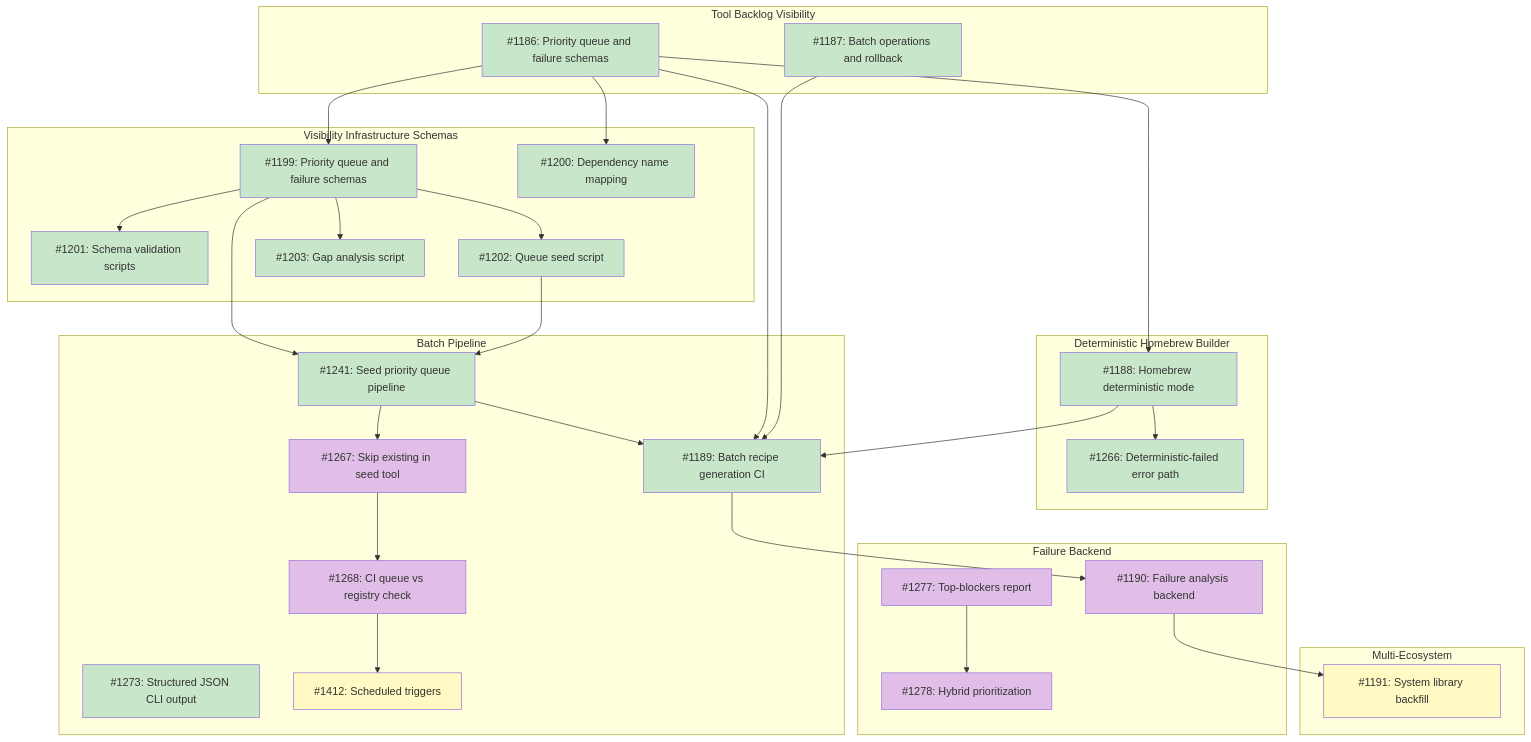
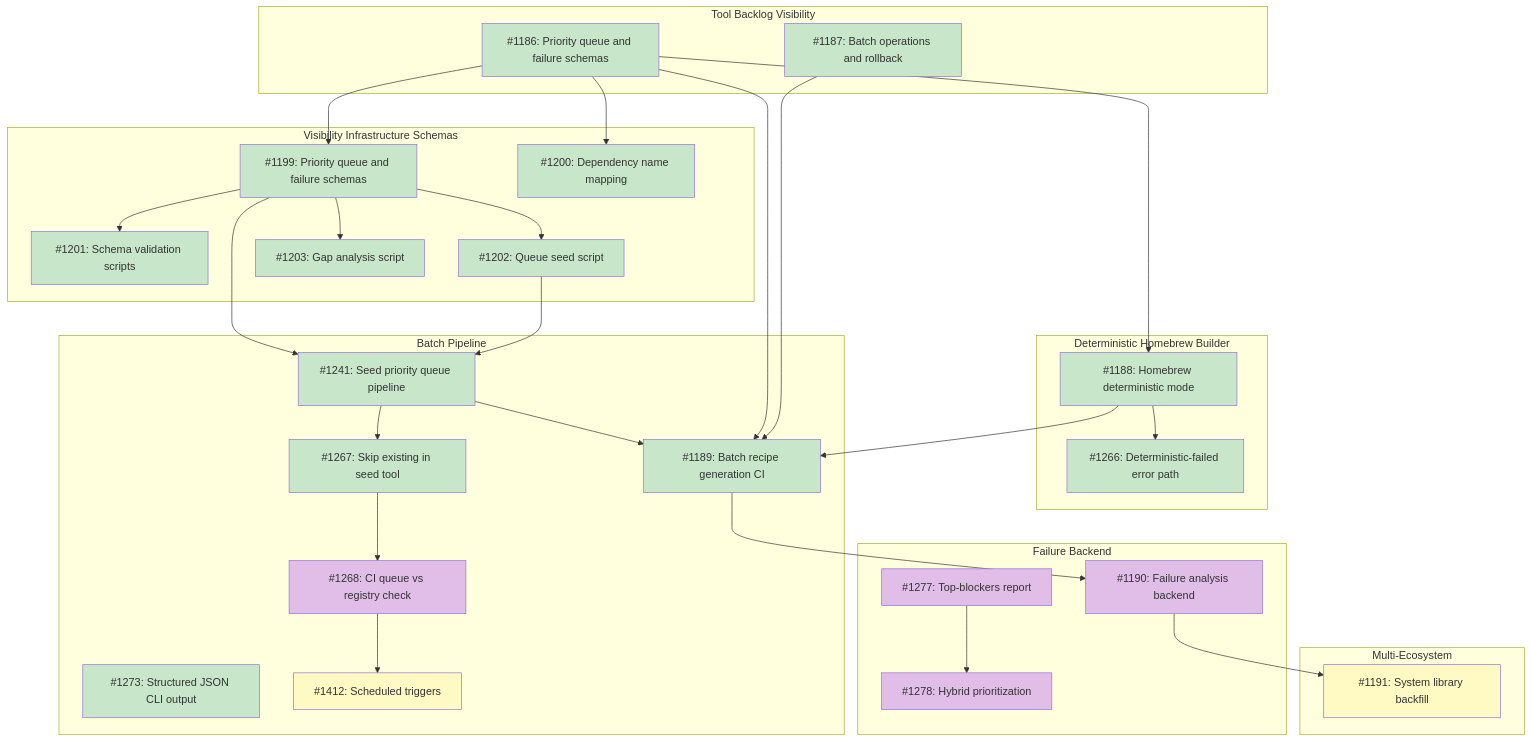
The diagram in docs/designs/DESIGN-registry-scale-strategy.md (tsukumogami/tsuku), drawn with Mermaid before and after one commit. The commit also changed other lines of this file, not shown here.

Commit message:
docs: mark #1267 done in registry scale strategy design

```diff
--- a/docs/designs/DESIGN-registry-scale-strategy.md
+++ b/docs/designs/DESIGN-registry-scale-strategy.md
@@ -147,7 +147,7 @@
     class I1203 done
     class I1241 done
     class I1189 done
-    class I1267 needsDesign
+    class I1267 done
     class I1268 needsDesign
     class I1273 done
     class I1266 done
```
